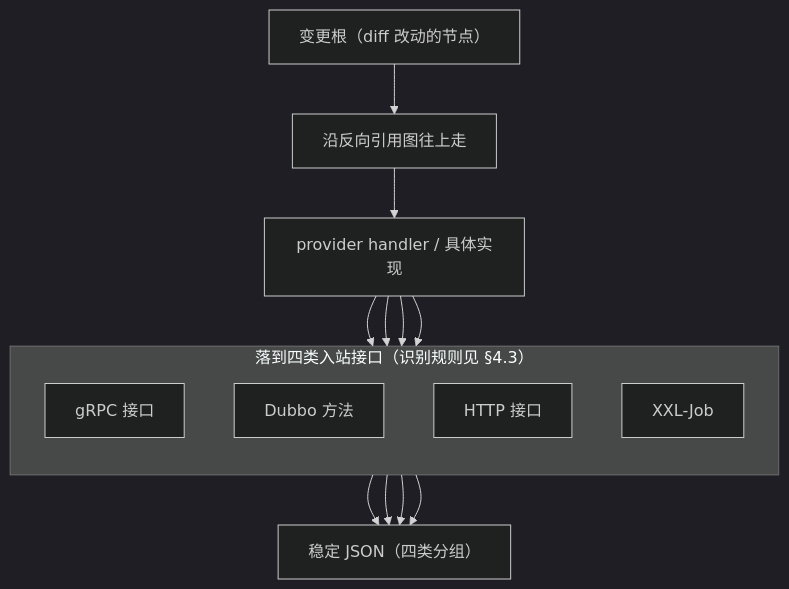
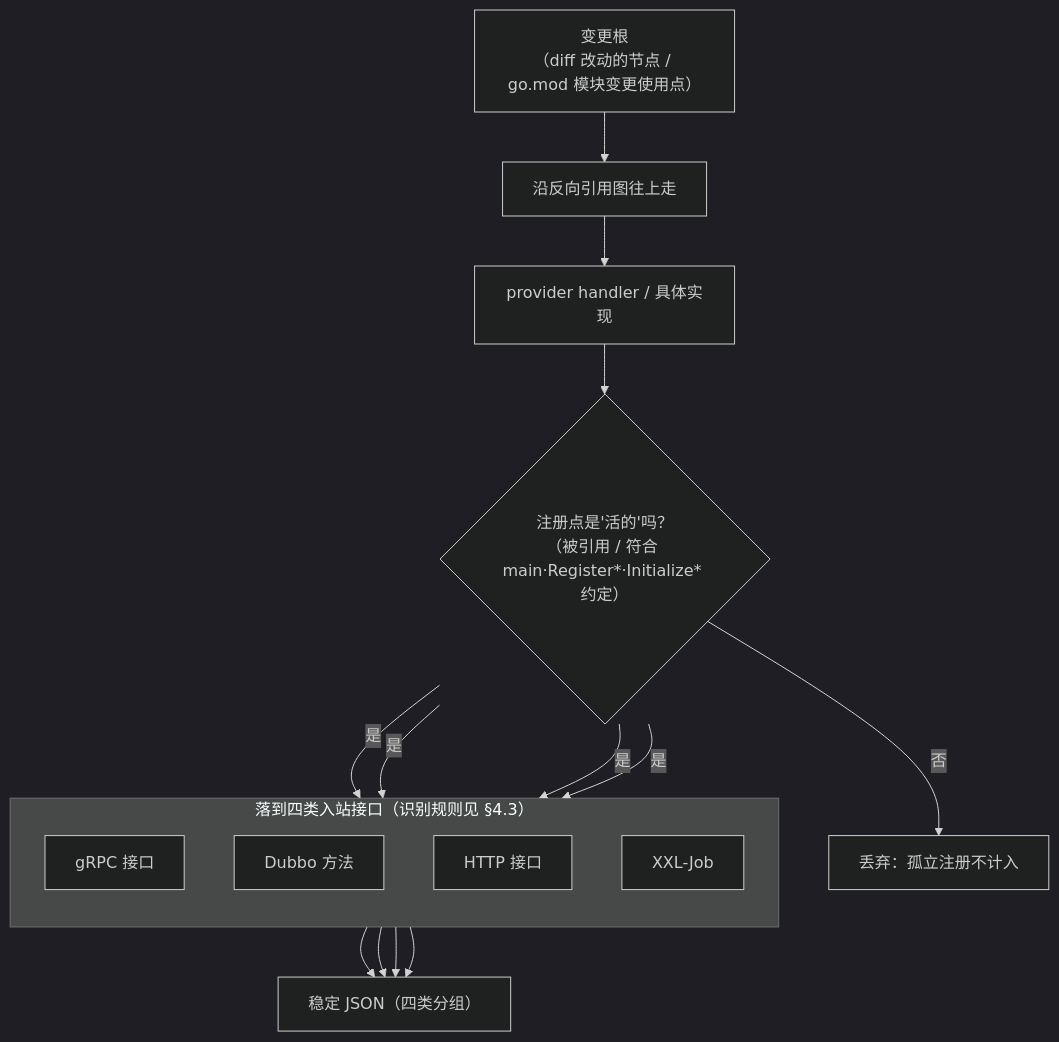
One commit to Flying-Bird1999/go-analyzer changed the fifth of 5 diagrams in TECH-DESIGN-impact-analysis.md. Above: the diagram before and after it, drawn with Mermaid (dark theme). The commit also changed other lines of this file and 59 other files, not shown here.

````diff
--- a/TECH-DESIGN-impact-analysis.md
+++ b/TECH-DESIGN-impact-analysis.md
@@ -428,24 +489,26 @@
 ```mermaid
 flowchart TB
-    CR["变更根（diff 改动的节点）"]
+    CR["变更根<br/>（diff 改动的节点 / go.mod 模块变更使用点）"]
     RG["沿反向引用图往上走"]
     HDL["provider handler / 具体实现"]
     CR --> RG --> HDL
 
     subgraph IN["落到四类入站接口（识别规则见 §4.3）"]
         direction TB
         G1["gRPC 接口"]
         G2["Dubbo 方法"]
         G3["HTTP 接口"]
         G4["XXL-Job"]
     end
 
-    HDL --> G1
-    HDL --> G2
-    HDL --> G3
-    HDL --> G4
+    HDL --> LIVE{"注册点是'活的'吗？<br/>（被引用 / 符合 main·Register*·Initialize* 约定）"}
+    LIVE -->|否| DROP["丢弃：孤立注册不计入"]
+    LIVE -->|是| G1
+    LIVE -->|是| G2
+    LIVE -->|是| G3
+    LIVE -->|是| G4
     G1 --> OUT["稳定 JSON（四类分组）"]
     G2 --> OUT
     G3 --> OUT
     G4 --> OUT
 ```
````
